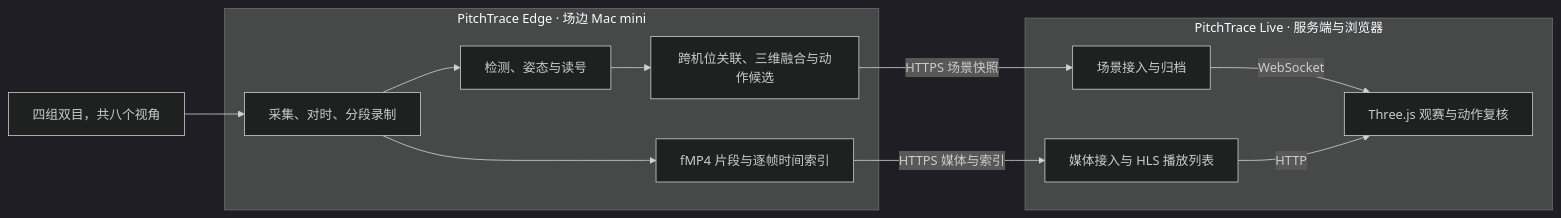
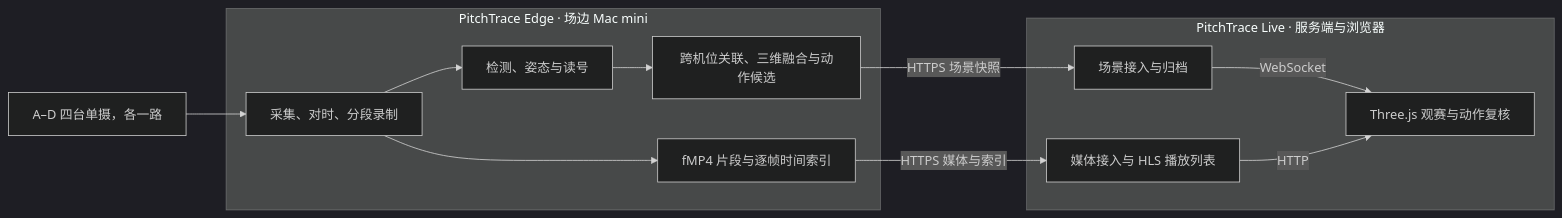
The diagram in docs/02-technical-design.md (winixi/pitchtrace-3d), drawn with Mermaid (dark theme) before and after one commit. The commit also changed other lines of this file and 10 other files, not shown here.

````diff
--- a/docs/02-technical-design.md
+++ b/docs/02-technical-design.md
@@ -9,15 +9,15 @@
 ```mermaid
 flowchart LR
-    C["四组双目，共八个视角"] --> I
+    C["A–D 四台单摄，各一路"] --> I
     subgraph edge["PitchTrace Edge · 场边 Mac mini"]
         I["采集、对时、分段录制"] --> V["fMP4 片段与逐帧时间索引"]
         I --> D["检测、姿态与读号"]
         D --> F["跨机位关联、三维融合与动作候选"]
     end
     subgraph live["PitchTrace Live · 服务端与浏览器"]
         G["场景接入与归档"] -->|WebSocket| W["Three.js 观赛与动作复核"]
         H["媒体接入与 HLS 播放列表"] -->|HTTP| W
     end
     F -->|HTTPS 场景快照| G
     V -->|HTTPS 媒体与索引| H
 ```
````
